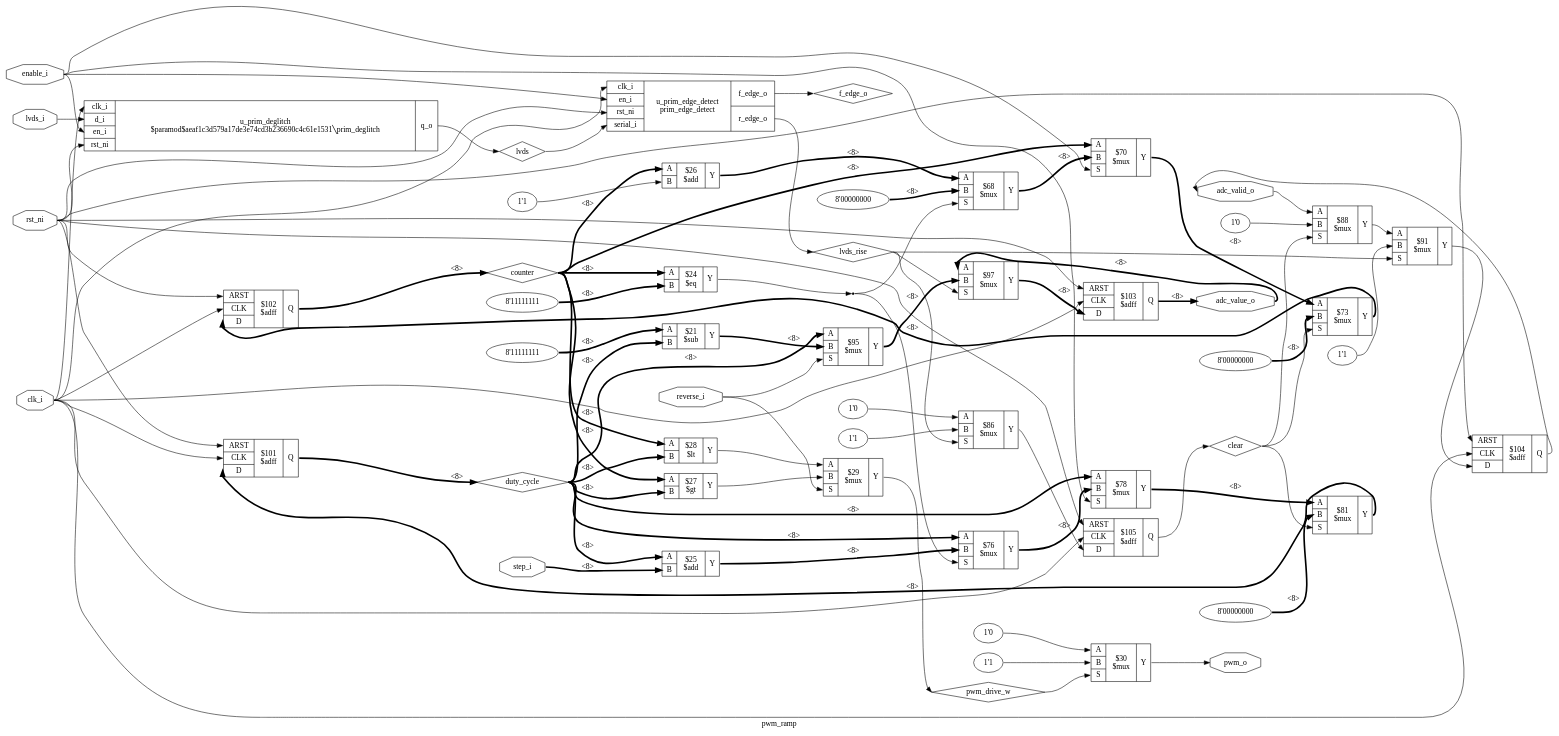
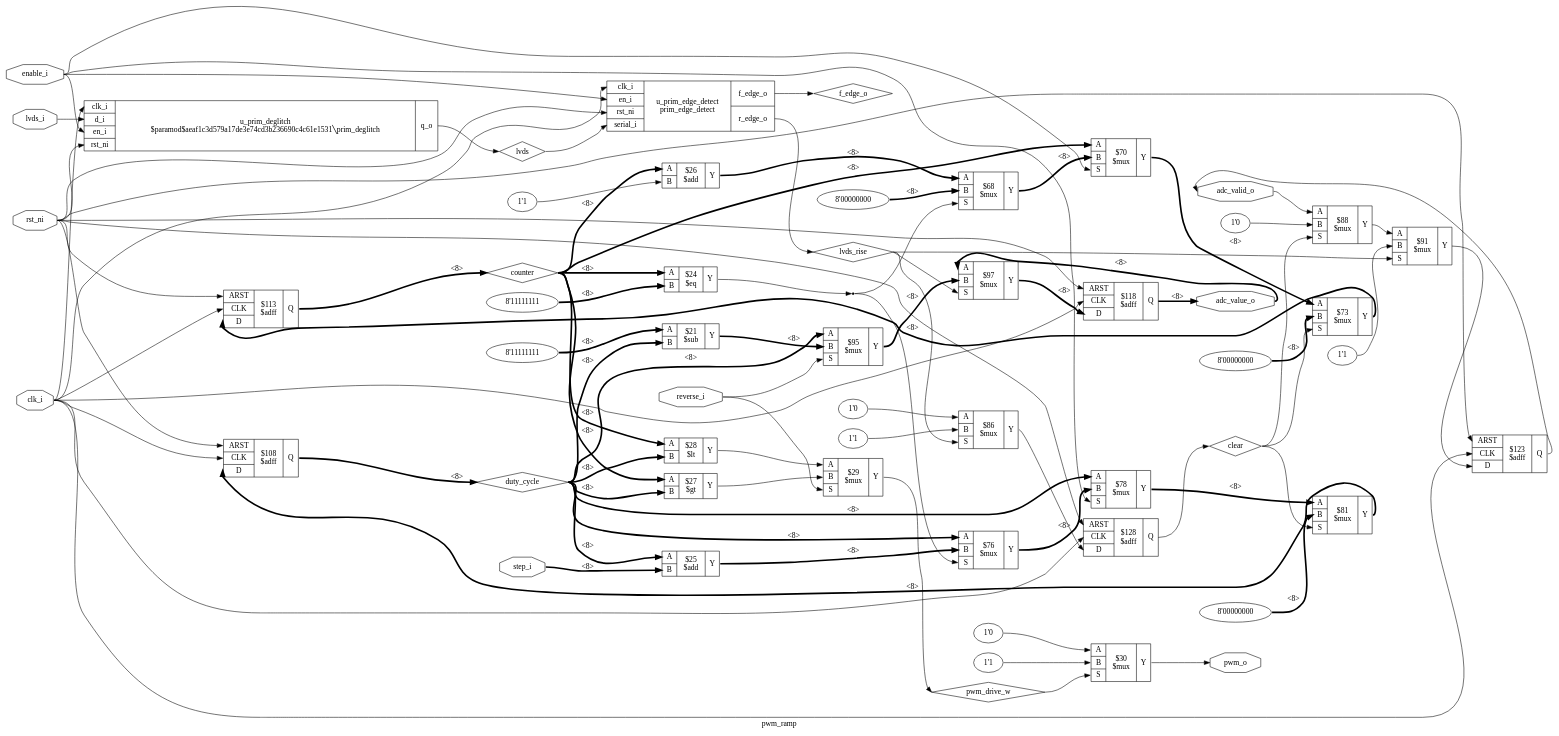
Before and after one commit to EneaDim/flexsoc: the diagram in ips/pwm_ramp/syn/plots/pwm_ramp_presyn.dot, drawn with Graphviz. The commit also changed 229 other files, not shown here.

```diff
--- a/ips/pwm_ramp/syn/plots/pwm_ramp_presyn.dot
+++ b/ips/pwm_ramp/syn/plots/pwm_ramp_presyn.dot
@@ -1,145 +1,145 @@
 digraph "pwm_ramp" {
 label="pwm_ramp";
 rankdir="LR";
 remincross=true;
 n18 [ shape=octagon, label="adc_valid_o", color="black", fontcolor="black"];
 n19 [ shape=octagon, label="adc_value_o", color="black", fontcolor="black"];
 n20 [ shape=diamond, label="clear", color="black", fontcolor="black"];
 n21 [ shape=octagon, label="clk_i", color="black", fontcolor="black"];
 n22 [ shape=diamond, label="counter", color="black", fontcolor="black"];
 n23 [ shape=diamond, label="duty_cycle", color="black", fontcolor="black"];
 n24 [ shape=octagon, label="enable_i", color="black", fontcolor="black"];
 n25 [ shape=diamond, label="f_edge_o", color="black", fontcolor="black"];
 n26 [ shape=diamond, label="lvds", color="black", fontcolor="black"];
 n27 [ shape=octagon, label="lvds_i", color="black", fontcolor="black"];
 n28 [ shape=diamond, label="lvds_rise", color="black", fontcolor="black"];
 n29 [ shape=diamond, label="pwm_drive_w", color="black", fontcolor="black"];
 n30 [ shape=octagon, label="pwm_o", color="black", fontcolor="black"];
 n31 [ shape=octagon, label="reverse_i", color="black", fontcolor="black"];
 n32 [ shape=octagon, label="rst_ni", color="black", fontcolor="black"];
 n33 [ shape=octagon, label="step_i", color="black", fontcolor="black"];
 c37 [ shape=record, label="{{<p34> A|<p35> B}|$25\n$add|{<p36> Y}}",  ];
 v0 [ label="1'1" ];
 c38 [ shape=record, label="{{<p34> A|<p35> B}|$26\n$add|{<p36> Y}}",  ];
 v1 [ label="8'11111111" ];
 c39 [ shape=record, label="{{<p34> A|<p35> B}|$24\n$eq|{<p36> Y}}",  ];
 c40 [ shape=record, label="{{<p34> A|<p35> B}|$27\n$gt|{<p36> Y}}",  ];
 c41 [ shape=record, label="{{<p34> A|<p35> B}|$28\n$lt|{<p36> Y}}",  ];
-c46 [ shape=record, label="{{<p42> ARST|<p43> CLK|<p44> D}|$101\n$adff|{<p45> Q}}",  ];
-c47 [ shape=record, label="{{<p42> ARST|<p43> CLK|<p44> D}|$102\n$adff|{<p45> Q}}",  ];
-c48 [ shape=record, label="{{<p42> ARST|<p43> CLK|<p44> D}|$103\n$adff|{<p45> Q}}",  ];
-c49 [ shape=record, label="{{<p42> ARST|<p43> CLK|<p44> D}|$104\n$adff|{<p45> Q}}",  ];
-c50 [ shape=record, label="{{<p42> ARST|<p43> CLK|<p44> D}|$105\n$adff|{<p45> Q}}",  ];
+c46 [ shape=record, label="{{<p42> ARST|<p43> CLK|<p44> D}|$108\n$adff|{<p45> Q}}",  ];
+c47 [ shape=record, label="{{<p42> ARST|<p43> CLK|<p44> D}|$113\n$adff|{<p45> Q}}",  ];
+c48 [ shape=record, label="{{<p42> ARST|<p43> CLK|<p44> D}|$118\n$adff|{<p45> Q}}",  ];
+c49 [ shape=record, label="{{<p42> ARST|<p43> CLK|<p44> D}|$123\n$adff|{<p45> Q}}",  ];
+c50 [ shape=record, label="{{<p42> ARST|<p43> CLK|<p44> D}|$128\n$adff|{<p45> Q}}",  ];
 v2 [ label="8'00000000" ];
 c52 [ shape=record, label="{{<p34> A|<p35> B|<p51> S}|$68\n$mux|{<p36> Y}}",  ];
 c53 [ shape=record, label="{{<p34> A|<p35> B|<p51> S}|$70\n$mux|{<p36> Y}}",  ];
 v3 [ label="8'00000000" ];
 c54 [ shape=record, label="{{<p34> A|<p35> B|<p51> S}|$73\n$mux|{<p36> Y}}",  ];
 c55 [ shape=record, label="{{<p34> A|<p35> B|<p51> S}|$76\n$mux|{<p36> Y}}",  ];
 c56 [ shape=record, label="{{<p34> A|<p35> B|<p51> S}|$78\n$mux|{<p36> Y}}",  ];
 v4 [ label="8'00000000" ];
 c57 [ shape=record, label="{{<p34> A|<p35> B|<p51> S}|$81\n$mux|{<p36> Y}}",  ];
 v5 [ label="1'0" ];
 v6 [ label="1'1" ];
 c58 [ shape=record, label="{{<p34> A|<p35> B|<p51> S}|$86\n$mux|{<p36> Y}}",  ];
 v7 [ label="1'0" ];
 c59 [ shape=record, label="{{<p34> A|<p35> B|<p51> S}|$88\n$mux|{<p36> Y}}",  ];
 v8 [ label="1'1" ];
 c60 [ shape=record, label="{{<p34> A|<p35> B|<p51> S}|$91\n$mux|{<p36> Y}}",  ];
 c61 [ shape=record, label="{{<p34> A|<p35> B|<p51> S}|$95\n$mux|{<p36> Y}}",  ];
 c62 [ shape=record, label="{{<p34> A|<p35> B|<p51> S}|$97\n$mux|{<p36> Y}}",  ];
 v9 [ label="8'11111111" ];
 c63 [ shape=record, label="{{<p34> A|<p35> B}|$21\n$sub|{<p36> Y}}",  ];
 c64 [ shape=record, label="{{<p34> A|<p35> B|<p51> S}|$29\n$mux|{<p36> Y}}",  ];
 v10 [ label="1'0" ];
 v11 [ label="1'1" ];
 c65 [ shape=record, label="{{<p34> A|<p35> B|<p51> S}|$30\n$mux|{<p36> Y}}",  ];
 c69 [ shape=record, label="{{<p21> clk_i|<p66> d_i|<p67> en_i|<p32> rst_ni}|u_prim_deglitch\n$paramod$aeaf1c3d579a17de3e74cd3b236690c4c61e1531&#9586;prim_deglitch|{<p68> q_o}}",  ];
 c72 [ shape=record, label="{{<p21> clk_i|<p67> en_i|<p32> rst_ni|<p70> serial_i}|u_prim_edge_detect\nprim_edge_detect|{<p25> f_edge_o|<p71> r_edge_o}}",  ];
 c60:p36:e -> c49:p44:w [color="black", fontcolor="black", label=""];
 c41:p36:e -> c64:p34:w [color="black", fontcolor="black", label=""];
 c52:p36:e -> c53:p35:w [color="black", fontcolor="black", style="setlinewidth(3)", label="<8>"];
 c53:p36:e -> c54:p34:w [color="black", fontcolor="black", style="setlinewidth(3)", label="<8>"];
 c55:p36:e -> c56:p35:w [color="black", fontcolor="black", style="setlinewidth(3)", label="<8>"];
 c56:p36:e -> c57:p34:w [color="black", fontcolor="black", style="setlinewidth(3)", label="<8>"];
 c59:p36:e -> c60:p34:w [color="black", fontcolor="black", label=""];
 c61:p36:e -> c62:p35:w [color="black", fontcolor="black", style="setlinewidth(3)", label="<8>"];
 c63:p36:e -> c61:p35:w [color="black", fontcolor="black", style="setlinewidth(3)", label="<8>"];
 c49:p45:e -> n18:w [color="black", fontcolor="black", label=""];
 n18:e -> c59:p34:w [color="black", fontcolor="black", label=""];
 c48:p45:e -> n19:w [color="black", fontcolor="black", style="setlinewidth(3)", label="<8>"];
 n19:e -> c62:p34:w [color="black", fontcolor="black", style="setlinewidth(3)", label="<8>"];
 c62:p36:e -> c48:p44:w [color="black", fontcolor="black", style="setlinewidth(3)", label="<8>"];
 c50:p45:e -> n20:w [color="black", fontcolor="black", label=""];
 n20:e -> c54:p51:w [color="black", fontcolor="black", label=""];
 n20:e -> c57:p51:w [color="black", fontcolor="black", label=""];
 n20:e -> c59:p51:w [color="black", fontcolor="black", label=""];
 n21:e -> c46:p43:w [color="black", fontcolor="black", label=""];
 n21:e -> c47:p43:w [color="black", fontcolor="black", label=""];
 n21:e -> c48:p43:w [color="black", fontcolor="black", label=""];
 n21:e -> c49:p43:w [color="black", fontcolor="black", label=""];
 n21:e -> c50:p43:w [color="black", fontcolor="black", label=""];
 n21:e -> c69:p21:w [color="black", fontcolor="black", label=""];
 n21:e -> c72:p21:w [color="black", fontcolor="black", label=""];
 c47:p45:e -> n22:w [color="black", fontcolor="black", style="setlinewidth(3)", label="<8>"];
 n22:e -> c38:p34:w [color="black", fontcolor="black", style="setlinewidth(3)", label="<8>"];
 n22:e -> c39:p34:w [color="black", fontcolor="black", style="setlinewidth(3)", label="<8>"];
 n22:e -> c40:p34:w [color="black", fontcolor="black", style="setlinewidth(3)", label="<8>"];
 n22:e -> c41:p34:w [color="black", fontcolor="black", style="setlinewidth(3)", label="<8>"];
 n22:e -> c53:p34:w [color="black", fontcolor="black", style="setlinewidth(3)", label="<8>"];
 c46:p45:e -> n23:w [color="black", fontcolor="black", style="setlinewidth(3)", label="<8>"];
 n23:e -> c37:p34:w [color="black", fontcolor="black", style="setlinewidth(3)", label="<8>"];
 n23:e -> c40:p35:w [color="black", fontcolor="black", style="setlinewidth(3)", label="<8>"];
 n23:e -> c41:p35:w [color="black", fontcolor="black", style="setlinewidth(3)", label="<8>"];
 n23:e -> c55:p34:w [color="black", fontcolor="black", style="setlinewidth(3)", label="<8>"];
 n23:e -> c56:p34:w [color="black", fontcolor="black", style="setlinewidth(3)", label="<8>"];
 n23:e -> c61:p34:w [color="black", fontcolor="black", style="setlinewidth(3)", label="<8>"];
 n23:e -> c63:p35:w [color="black", fontcolor="black", style="setlinewidth(3)", label="<8>"];
 n24:e -> c53:p51:w [color="black", fontcolor="black", label=""];
 n24:e -> c56:p51:w [color="black", fontcolor="black", label=""];
 n24:e -> c69:p67:w [color="black", fontcolor="black", label=""];
 n24:e -> c72:p67:w [color="black", fontcolor="black", label=""];
 c72:p25:e -> n25:w [color="black", fontcolor="black", label=""];
 c69:p68:e -> n26:w [color="black", fontcolor="black", label=""];
 n26:e -> c72:p70:w [color="black", fontcolor="black", label=""];
 n27:e -> c69:p66:w [color="black", fontcolor="black", label=""];
 c72:p71:e -> n28:w [color="black", fontcolor="black", label=""];
 n28:e -> c58:p51:w [color="black", fontcolor="black", label=""];
 n28:e -> c60:p51:w [color="black", fontcolor="black", label=""];
 n28:e -> c62:p51:w [color="black", fontcolor="black", label=""];
 c64:p36:e -> n29:w [color="black", fontcolor="black", label=""];
 n29:e -> c65:p51:w [color="black", fontcolor="black", label=""];
 c58:p36:e -> c50:p44:w [color="black", fontcolor="black", label=""];
 c65:p36:e -> n30:w [color="black", fontcolor="black", label=""];
 n31:e -> c61:p51:w [color="black", fontcolor="black", label=""];
 n31:e -> c64:p51:w [color="black", fontcolor="black", label=""];
 n32:e -> c46:p42:w [color="black", fontcolor="black", label=""];
 n32:e -> c47:p42:w [color="black", fontcolor="black", label=""];
 n32:e -> c48:p42:w [color="black", fontcolor="black", label=""];
 n32:e -> c49:p42:w [color="black", fontcolor="black", label=""];
 n32:e -> c50:p42:w [color="black", fontcolor="black", label=""];
 n32:e -> c69:p32:w [color="black", fontcolor="black", label=""];
 n32:e -> c72:p32:w [color="black", fontcolor="black", label=""];
 n33:e -> c37:p35:w [color="black", fontcolor="black", style="setlinewidth(3)", label="<8>"];
 c54:p36:e -> c47:p44:w [color="black", fontcolor="black", style="setlinewidth(3)", label="<8>"];
 c57:p36:e -> c46:p44:w [color="black", fontcolor="black", style="setlinewidth(3)", label="<8>"];
 c37:p36:e -> c55:p35:w [color="black", fontcolor="black", style="setlinewidth(3)", label="<8>"];
 c38:p36:e -> c52:p34:w [color="black", fontcolor="black", style="setlinewidth(3)", label="<8>"];
 n8 [ shape=point ];
 c39:p36:e -> n8:w [color="black", fontcolor="black", label=""];
 n8:e -> c52:p51:w [color="black", fontcolor="black", label=""];
 n8:e -> c55:p51:w [color="black", fontcolor="black", label=""];
 c40:p36:e -> c64:p35:w [color="black", fontcolor="black", label=""];
 v0:e -> c38:p35:w [color="black", fontcolor="black", label=""];
 v1:e -> c39:p35:w [color="black", fontcolor="black", style="setlinewidth(3)", label="<8>"];
 v10:e -> c65:p34:w [color="black", fontcolor="black", label=""];
 v11:e -> c65:p35:w [color="black", fontcolor="black", label=""];
 v2:e -> c52:p35:w [color="black", fontcolor="black", style="setlinewidth(3)", label="<8>"];
 v3:e -> c54:p35:w [color="black", fontcolor="black", style="setlinewidth(3)", label="<8>"];
 v4:e -> c57:p35:w [color="black", fontcolor="black", style="setlinewidth(3)", label="<8>"];
 v5:e -> c58:p34:w [color="black", fontcolor="black", label=""];
 v6:e -> c58:p35:w [color="black", fontcolor="black", label=""];
 v7:e -> c59:p35:w [color="black", fontcolor="black", label=""];
 v8:e -> c60:p35:w [color="black", fontcolor="black", label=""];
 v9:e -> c63:p34:w [color="black", fontcolor="black", style="setlinewidth(3)", label="<8>"];
 }
```
